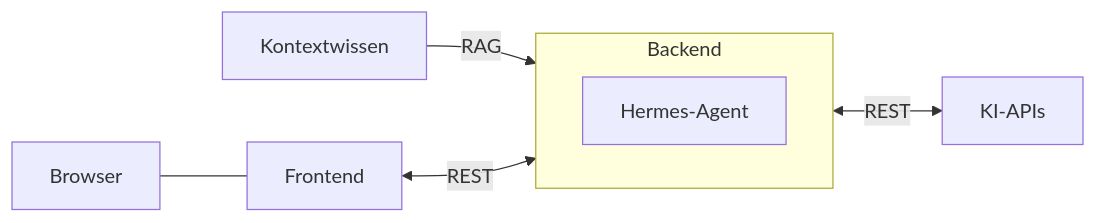
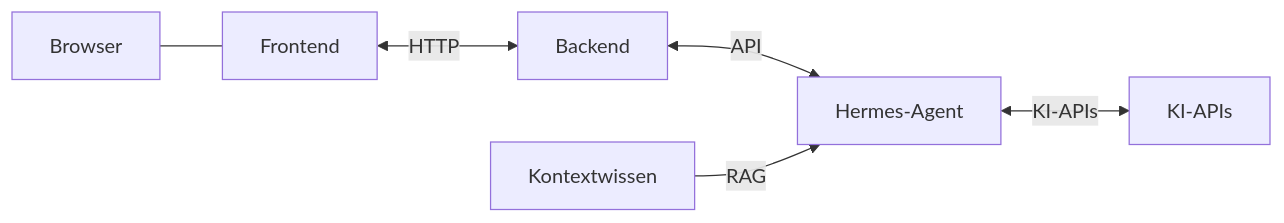
Before and after one commit to jomatotu/learning-in-progress: the second of 2 diagrams in doc/architecture/03-kontextabgrenzung.md, drawn with Mermaid. The commit also changed other lines of this file, not shown here.

Commit message:
Enhance architectural documentation by expanding the context sections to clarify the roles of learning materials and knowledge sources. Update diagrams to reflect changes in input and output relationships, and refine the description of the Hermes-Agent's interactions within the backend architecture.

````diff
--- a/doc/architecture/03-kontextabgrenzung.md
+++ b/doc/architecture/03-kontextabgrenzung.md
@@ -29,17 +33,15 @@
 ```mermaid
 flowchart LR
   browser[Browser]
   frontend[Frontend]
+  backend[Backend]
+  hermes[Hermes-Agent]
   ki[KI-APIs]
   kontext[Kontextwissen]
 
-  subgraph backend [Backend]
-    direction LR
-    hermes[Hermes-Agent]
-  end
-
   browser --- frontend
-  frontend <-->|REST| backend
-  hermes <-->|REST| ki
+  frontend <-->|HTTP| backend
+  backend <-->|API| hermes
+  hermes <-->|KI-APIs| ki
   kontext -->|RAG| hermes
 ```
````
